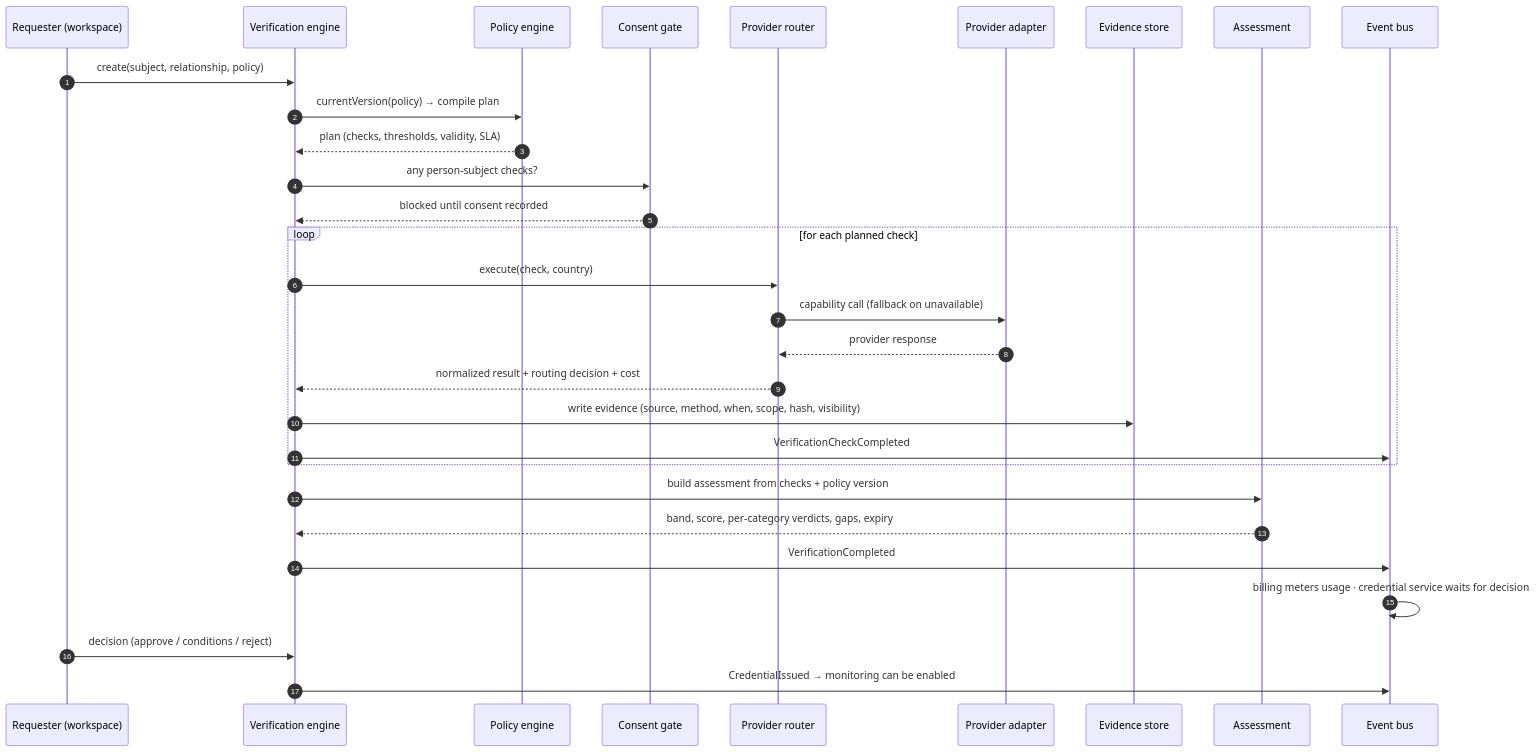
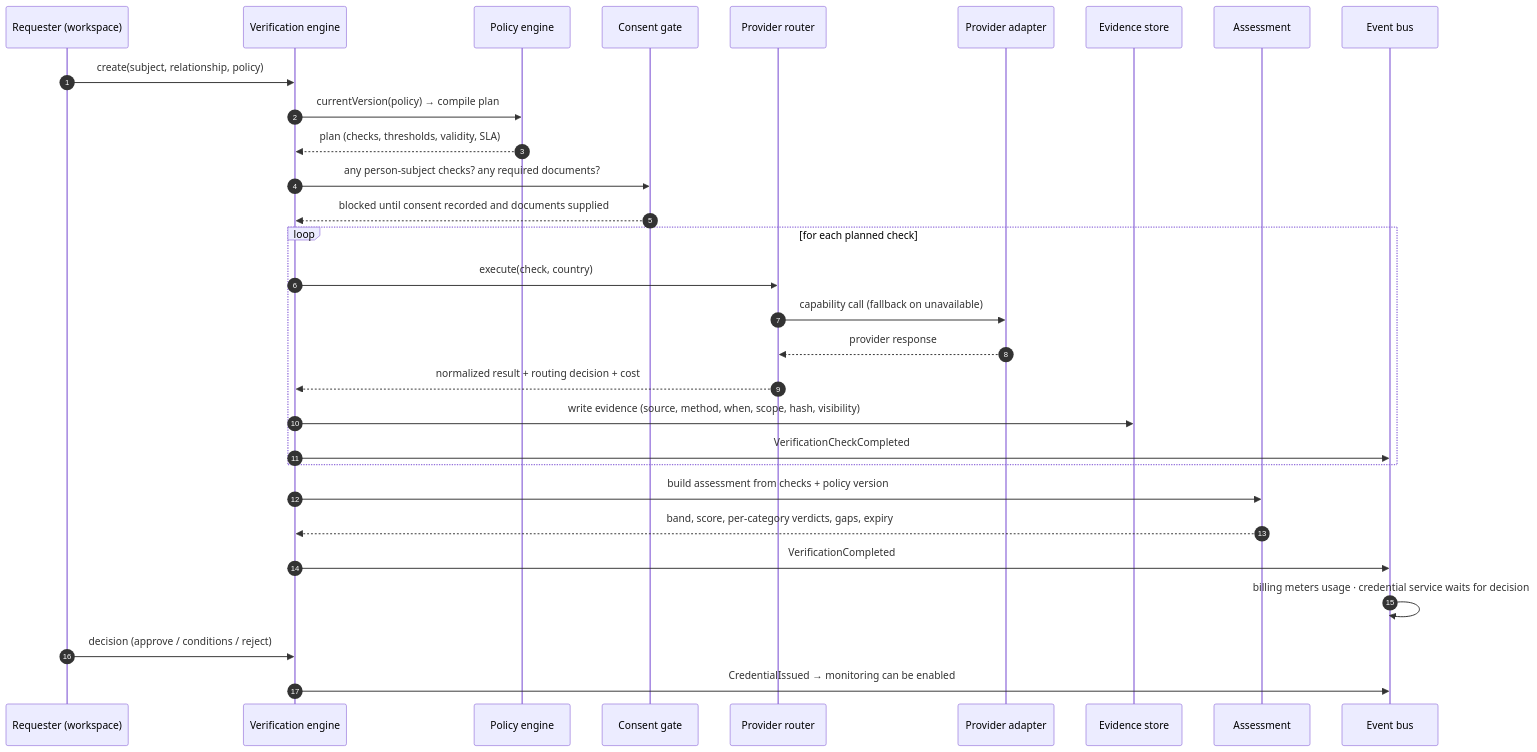
One commit to kishore9490/ai-studio-growth changed the second of 3 diagrams in docs/ARCHITECTURE.md. Above: the diagram before and after it, drawn with Mermaid. The commit also changed 24 other files, not shown here.

````diff
--- a/docs/ARCHITECTURE.md
+++ b/docs/ARCHITECTURE.md
@@ -77,33 +77,33 @@
 ```mermaid
 sequenceDiagram
   autonumber
   participant R as Requester (workspace)
   participant V as Verification engine
   participant P as Policy engine
   participant C as Consent gate
   participant RT as Provider router
   participant PR as Provider adapter
   participant E as Evidence store
   participant A as Assessment
   participant B as Event bus
 
   R->>V: create(subject, relationship, policy)
   V->>P: currentVersion(policy) → compile plan
   P-->>V: plan (checks, thresholds, validity, SLA)
-  V->>C: any person-subject checks?
-  C-->>V: blocked until consent recorded
+  V->>C: any person-subject checks? any required documents?
+  C-->>V: blocked until consent recorded and documents supplied
   loop for each planned check
     V->>RT: execute(check, country)
     RT->>PR: capability call (fallback on unavailable)
     PR-->>RT: provider response
     RT-->>V: normalized result + routing decision + cost
     V->>E: write evidence (source, method, when, scope, hash, visibility)
     V->>B: VerificationCheckCompleted
   end
   V->>A: build assessment from checks + policy version
   A-->>V: band, score, per-category verdicts, gaps, expiry
   V->>B: VerificationCompleted
   B->>B: billing meters usage · credential service waits for decision
   R->>V: decision (approve / conditions / reject)
   V->>B: CredentialIssued → monitoring can be enabled
 ```
````
